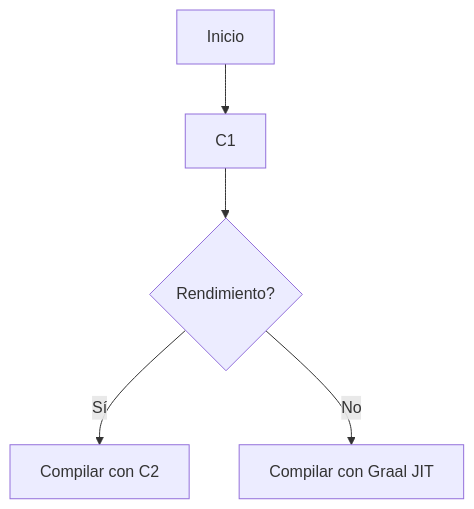
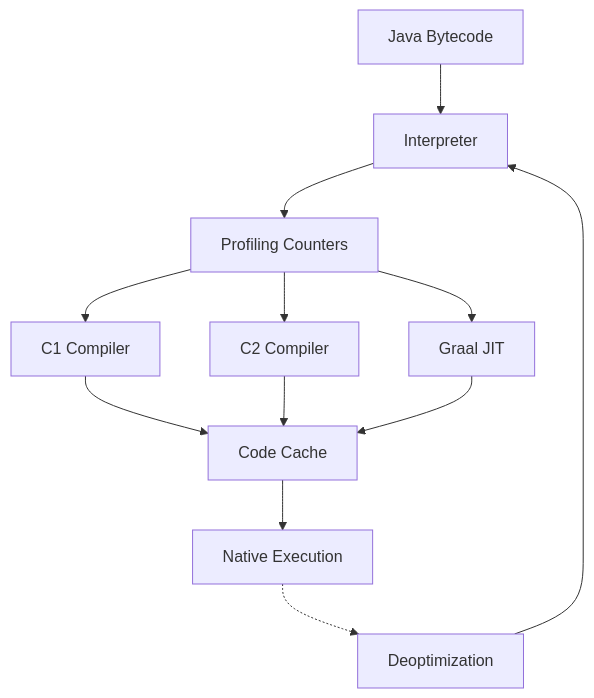
One commit to Joaquinriosheredia/DAM-Java-Mastery changed the first of 6 diagrams in _Review/jvm_jit_c1_c2_y_graalvm_internals/jvm_jit_c1_c2_y_graalvm_internals.md. Above: the diagram before and after it, drawn with Mermaid. The commit also changed other lines of this file, not shown here.

Commit message:
jvm_jit_c1_c2_y_graalvm_internals

````diff
--- a/_Review/jvm_jit_c1_c2_y_graalvm_internals/jvm_jit_c1_c2_y_graalvm_internals.md
+++ b/_Review/jvm_jit_c1_c2_y_graalvm_internals/jvm_jit_c1_c2_y_graalvm_internals.md
@@ -199,7 +125,14 @@
 ```mermaid
 graph TD
-    A[Inicio] --> B[C1]
-    B --> C{Rendimiento?}
-    C -- Sí --> D[Compilar con C2]
-    C -- No --> E[Compilar con Graal JIT]
+    A[Java Bytecode] --> B[Interpreter]
+    B --> C[Profiling Counters]
+    C --> D[C1 Compiler]
+    C --> E[C2 Compiler]
+    C --> F[Graal JIT]
+    D --> G[Code Cache]
+    E --> G
+    F --> G
+    G --> H[Native Execution]
+    H -.-> I[Deoptimization]
+    I --> B
 ```
````
